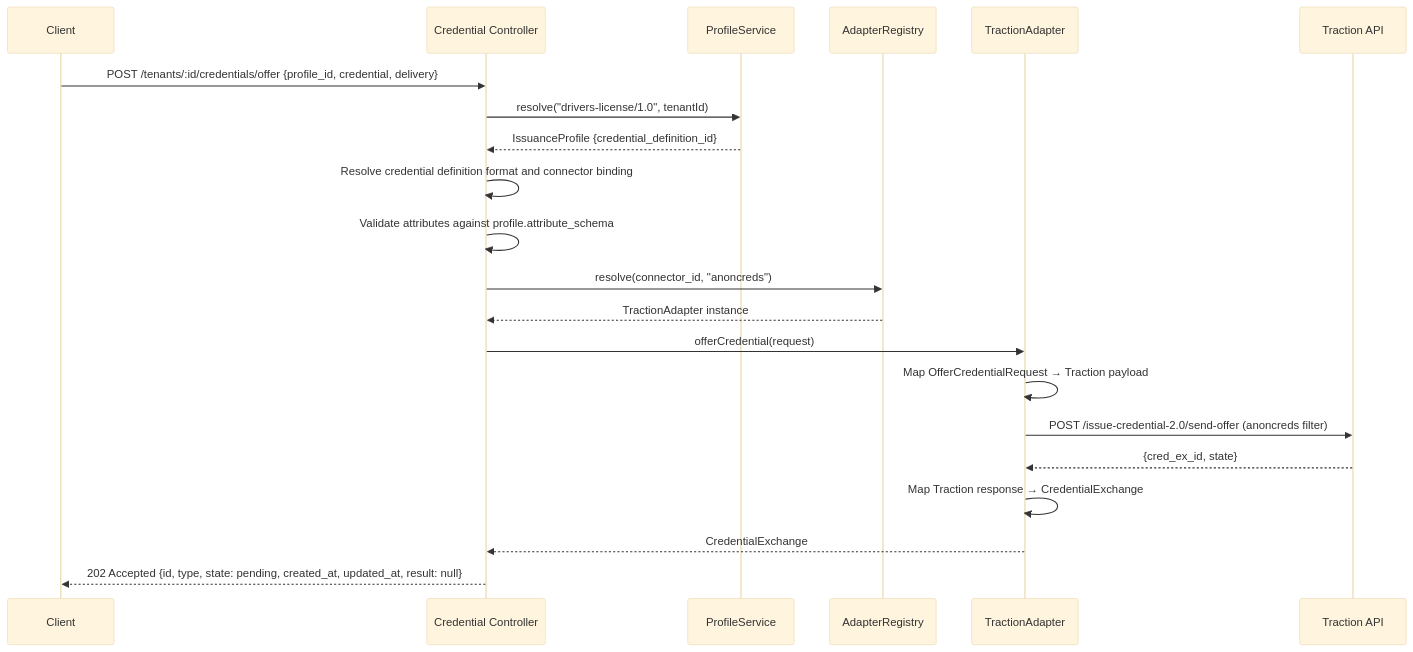
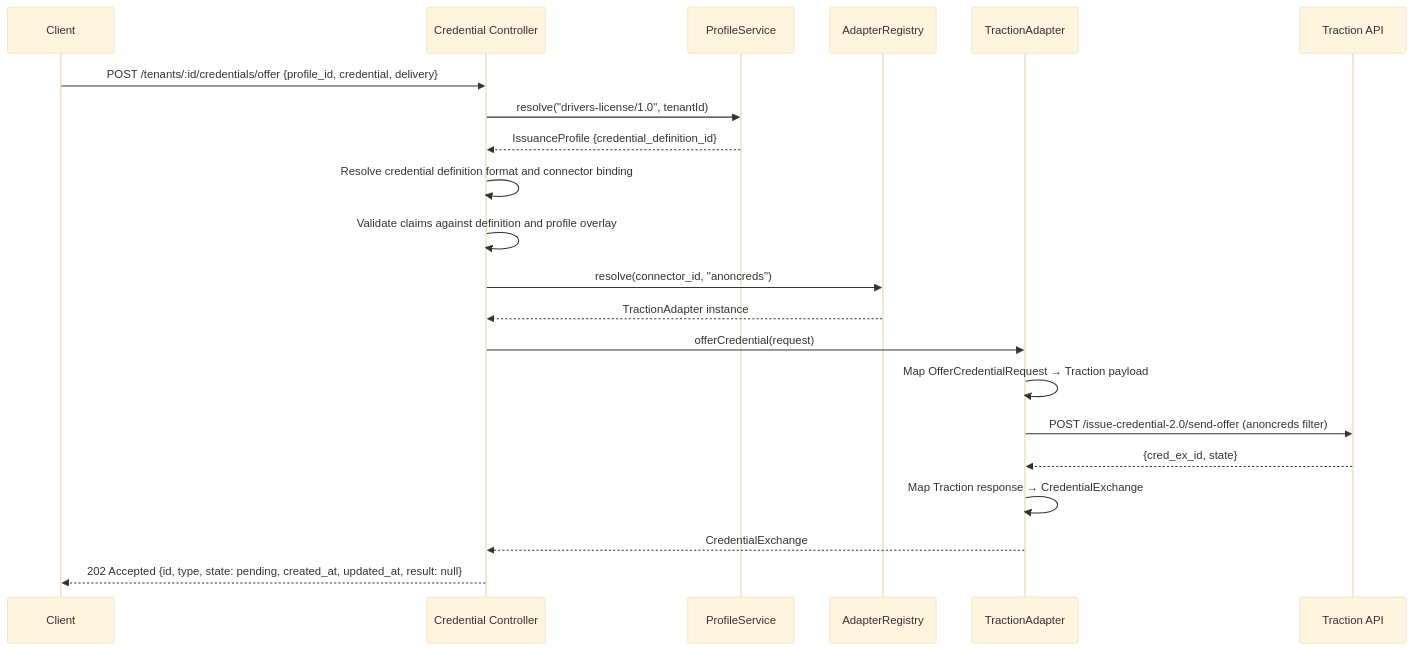
One commit to bcgov/digital-trust-common-service changed the seventh of 22 diagrams in docs/ARCHITECTURE.md. Above: the diagram before and after it, drawn with Mermaid (base theme). The commit also changed other lines of this file and 65 other files, not shown here.

````diff
--- a/docs/ARCHITECTURE.md
+++ b/docs/ARCHITECTURE.md
@@ -522,24 +518,24 @@
 ```mermaid
 sequenceDiagram
     participant Client
     participant Controller as Credential Controller
     participant ProfileSvc as ProfileService
     participant Registry as AdapterRegistry
     participant Adapter as TractionAdapter
     participant Traction as Traction API
 
     Client->>Controller: POST /tenants/:id/credentials/offer {profile_id, credential, delivery}
     Controller->>ProfileSvc: resolve("drivers-license/1.0", tenantId)
     ProfileSvc-->>Controller: IssuanceProfile {credential_definition_id}
     Controller->>Controller: Resolve credential definition format and connector binding
-    Controller->>Controller: Validate attributes against profile.attribute_schema
+    Controller->>Controller: Validate claims against definition and profile overlay
     Controller->>Registry: resolve(connector_id, "anoncreds")
     Registry-->>Controller: TractionAdapter instance
     Controller->>Adapter: offerCredential(request)
     Adapter->>Adapter: Map OfferCredentialRequest → Traction payload
     Adapter->>Traction: POST /issue-credential-2.0/send-offer (anoncreds filter)
     Traction-->>Adapter: {cred_ex_id, state}
     Adapter->>Adapter: Map Traction response → CredentialExchange
     Adapter-->>Controller: CredentialExchange
     Controller-->>Client: 202 Accepted {id, type, state: pending, created_at, updated_at, result: null}
 ```
````
